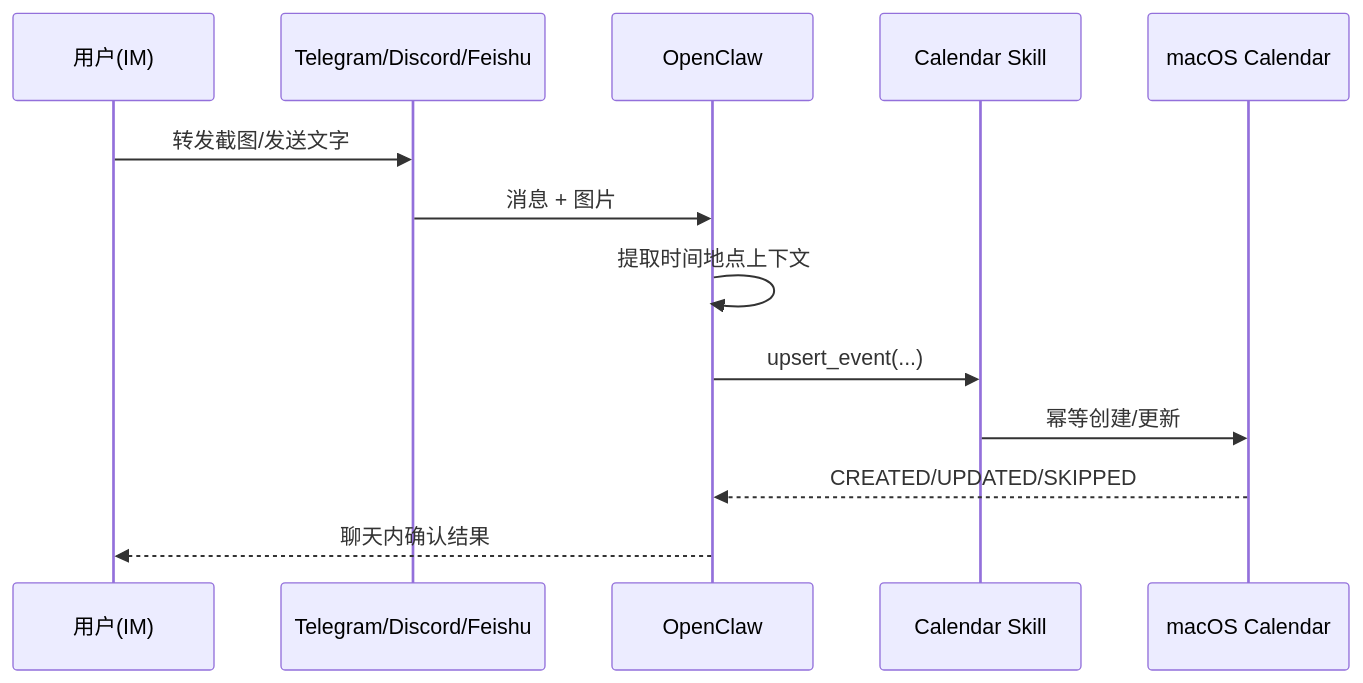
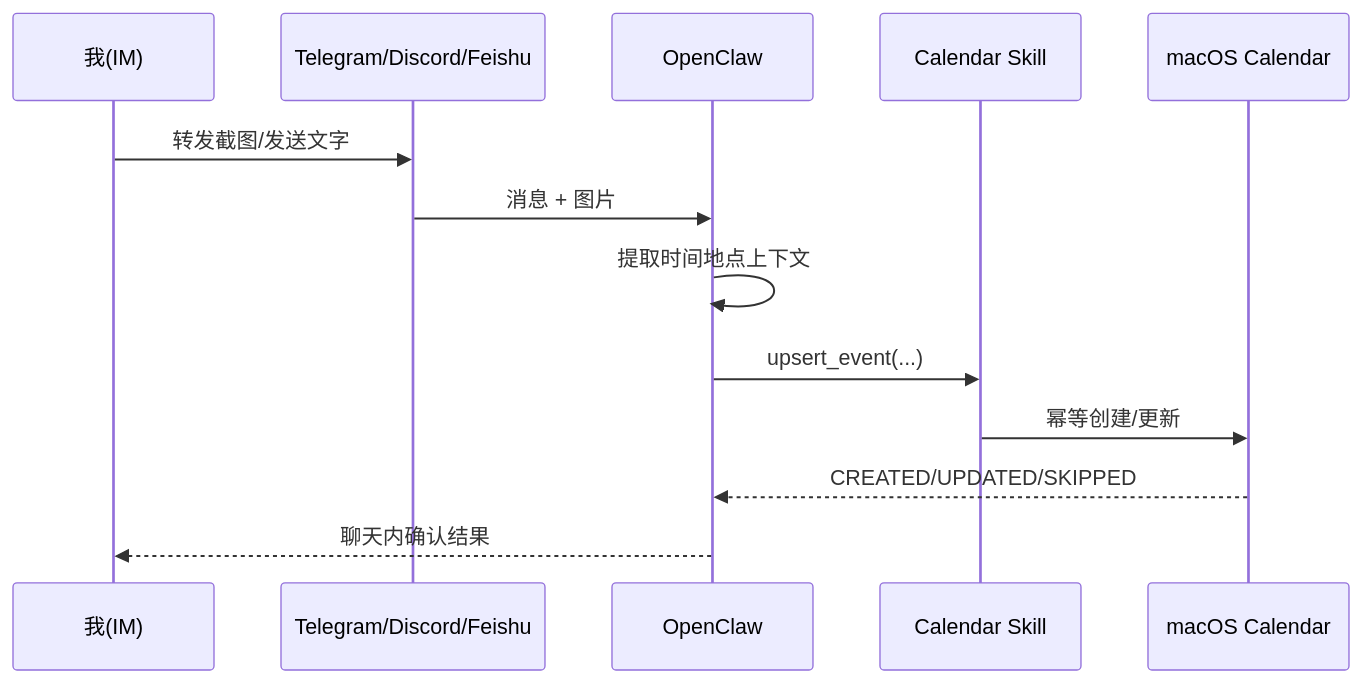
The second of 3 diagrams in README.md (bryant24hao/macos-calendar-assistant-skill), drawn with Mermaid before and after one commit. The commit also changed other lines of this file, not shown here.

````diff
--- a/README.md
+++ b/README.md
@@ -200,16 +74,16 @@
 ```mermaid
 sequenceDiagram
-  participant U as 用户(IM)
+  participant U as 我(IM)
   participant IM as Telegram/Discord/Feishu
   participant OC as OpenClaw
   participant SK as Calendar Skill
   participant CAL as macOS Calendar
 
   U->>IM: 转发截图/发送文字
   IM->>OC: 消息 + 图片
   OC->>OC: 提取时间地点上下文
   OC->>SK: upsert_event(...)
   SK->>CAL: 幂等创建/更新
   CAL-->>OC: CREATED/UPDATED/SKIPPED
   OC-->>U: 聊天内确认结果
 ```
````
